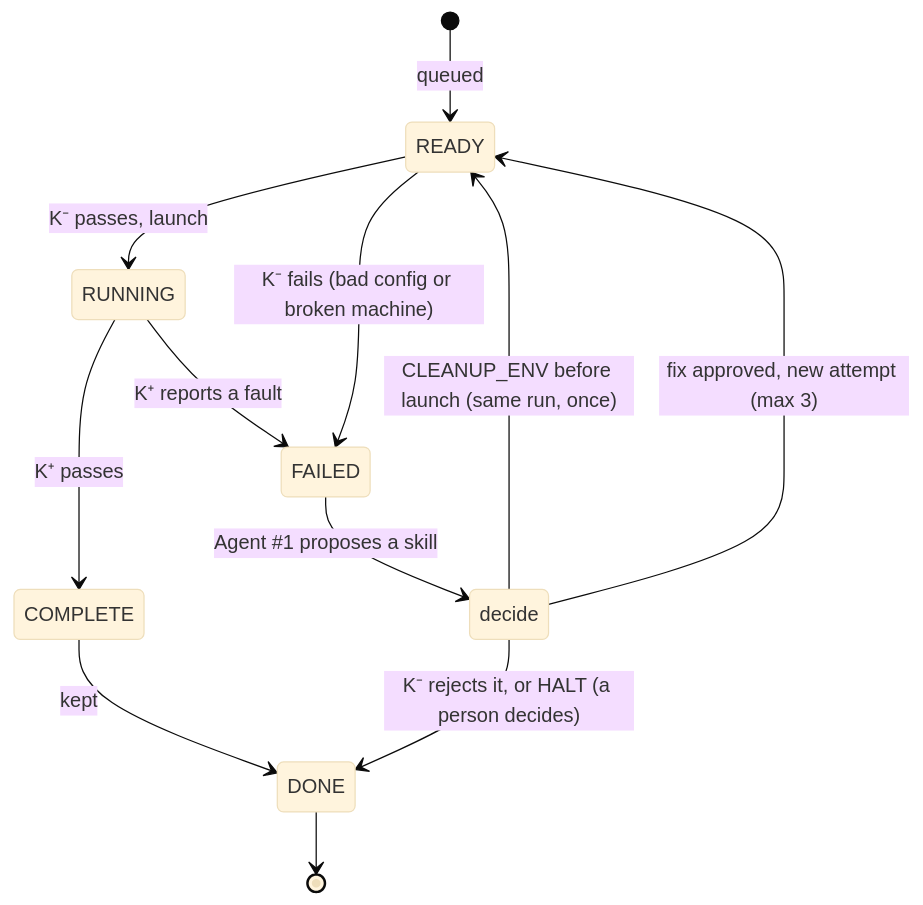
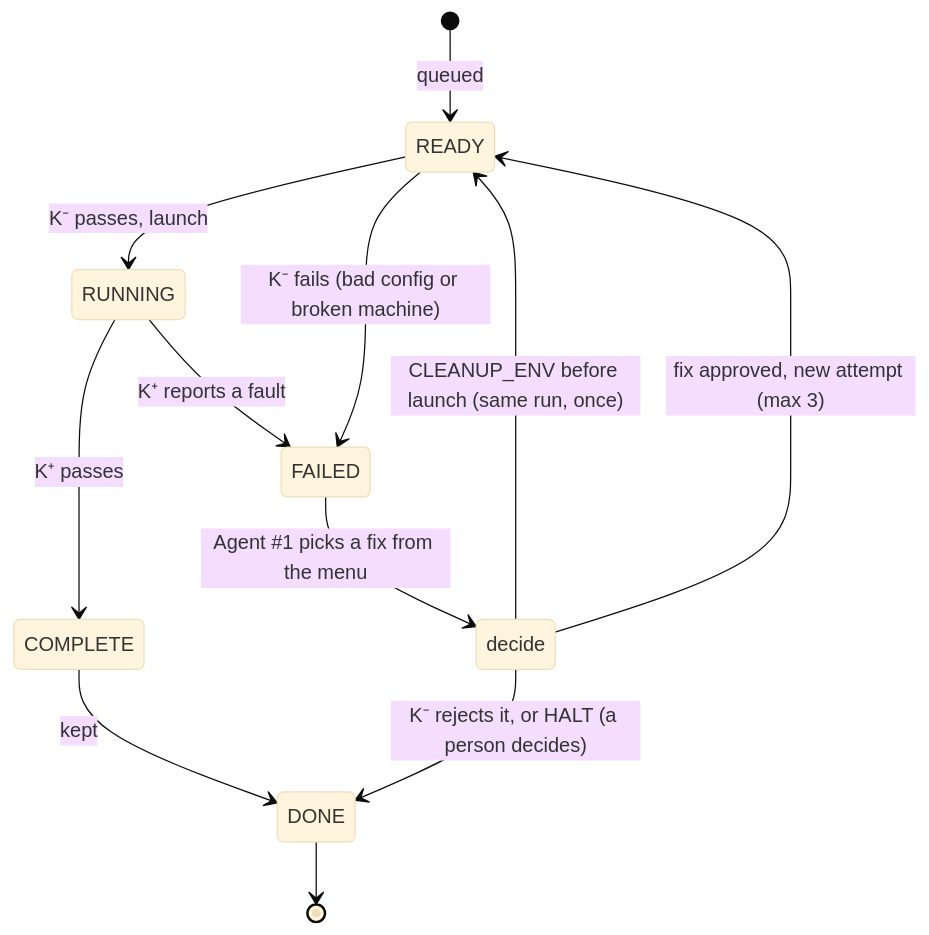
Before and after one commit to willv678/simgate: the third of 5 diagrams in GUIDE.md, drawn with Mermaid (base theme). The commit also changed 1 other file, not shown here.

Commit message:
Say plainly that Agent #1 picks a fix from a fixed menu

````diff
--- a/GUIDE.md
+++ b/GUIDE.md
@@ -93,15 +93,15 @@
 ```mermaid
 stateDiagram-v2
     [*] --> READY: queued
     READY --> RUNNING: K⁻ passes, launch
     READY --> FAILED: K⁻ fails (bad config or broken machine)
     RUNNING --> COMPLETE: K⁺ passes
     RUNNING --> FAILED: K⁺ reports a fault
     COMPLETE --> DONE: kept
-    FAILED --> decide: Agent #1 proposes a skill
+    FAILED --> decide: Agent #1 picks a fix from the menu
     state decide <<choice>>
     decide --> DONE: K⁻ rejects it, or HALT (a person decides)
     decide --> READY: CLEANUP_ENV before launch (same run, once)
     decide --> READY: fix approved, new attempt (max 3)
     DONE --> [*]
 ```
````
